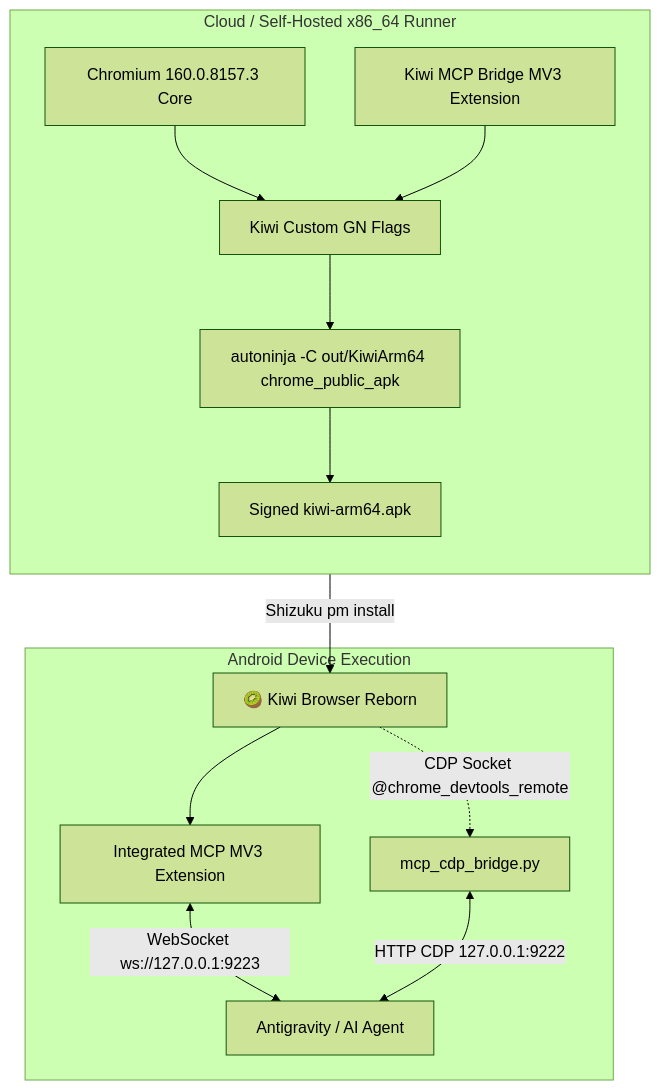
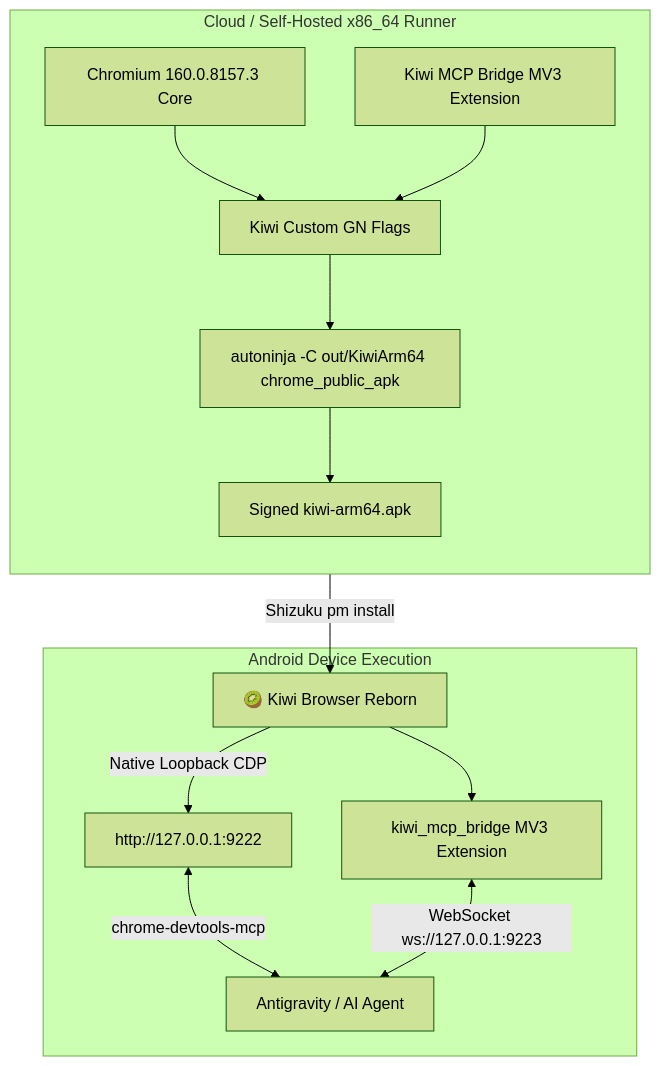
Before and after one commit to djsusmith/kiwi-next: the diagram in README.md, drawn with Mermaid (forest theme). The commit also changed other lines of this file and 1 other file, not shown here.

Commit message:
docs: sync README and landing page with verified native CDP 9222, tab DevTools, and chrome://inspect

````diff
--- a/README.md
+++ b/README.md
@@ -70,18 +75,18 @@
 ```mermaid
 flowchart TD
     subgraph Build["Cloud / Self-Hosted x86_64 Runner"]
         direction TB
         UP[Chromium 160.0.8157.3 Core] --> GN[Kiwi Custom GN Flags]
         MCP_EXT[Kiwi MCP Bridge MV3 Extension] --> GN
         GN --> COMP[autoninja -C out/KiwiArm64 chrome_public_apk]
         COMP --> OUT[Signed kiwi-arm64.apk]
     end
 
     subgraph Phone["Android Device Execution"]
         OUT -->|Shizuku pm install| APP[🥝 Kiwi Browser Reborn]
-        APP --> EXT[Integrated MCP MV3 Extension]
-        EXT <-->|WebSocket ws://127.0.0.1:9223| AI[Antigravity / AI Agent]
-        APP -.->|CDP Socket @chrome_devtools_remote| SOC[mcp_cdp_bridge.py]
-        SOC <-->|HTTP CDP 127.0.0.1:9222| AI
+        APP -->|Native Loopback CDP| CDP[http://127.0.0.1:9222]
+        CDP <-->|chrome-devtools-mcp| AI[Antigravity / AI Agent]
+        APP --> EXT[kiwi_mcp_bridge MV3 Extension]
+        EXT <-->|WebSocket ws://127.0.0.1:9223| AI
     end
 ```
````
